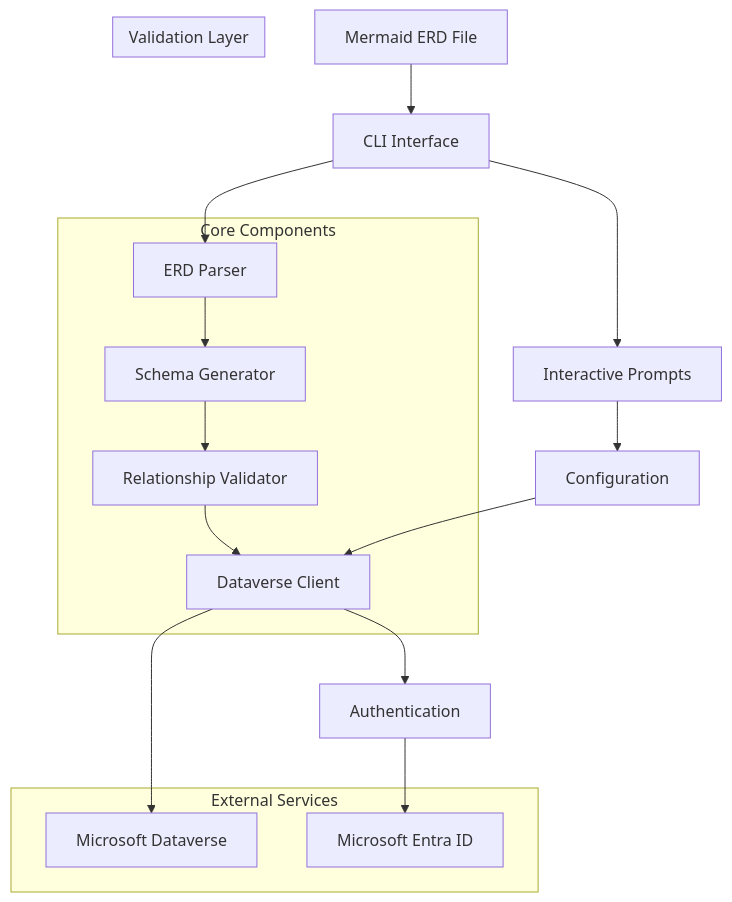
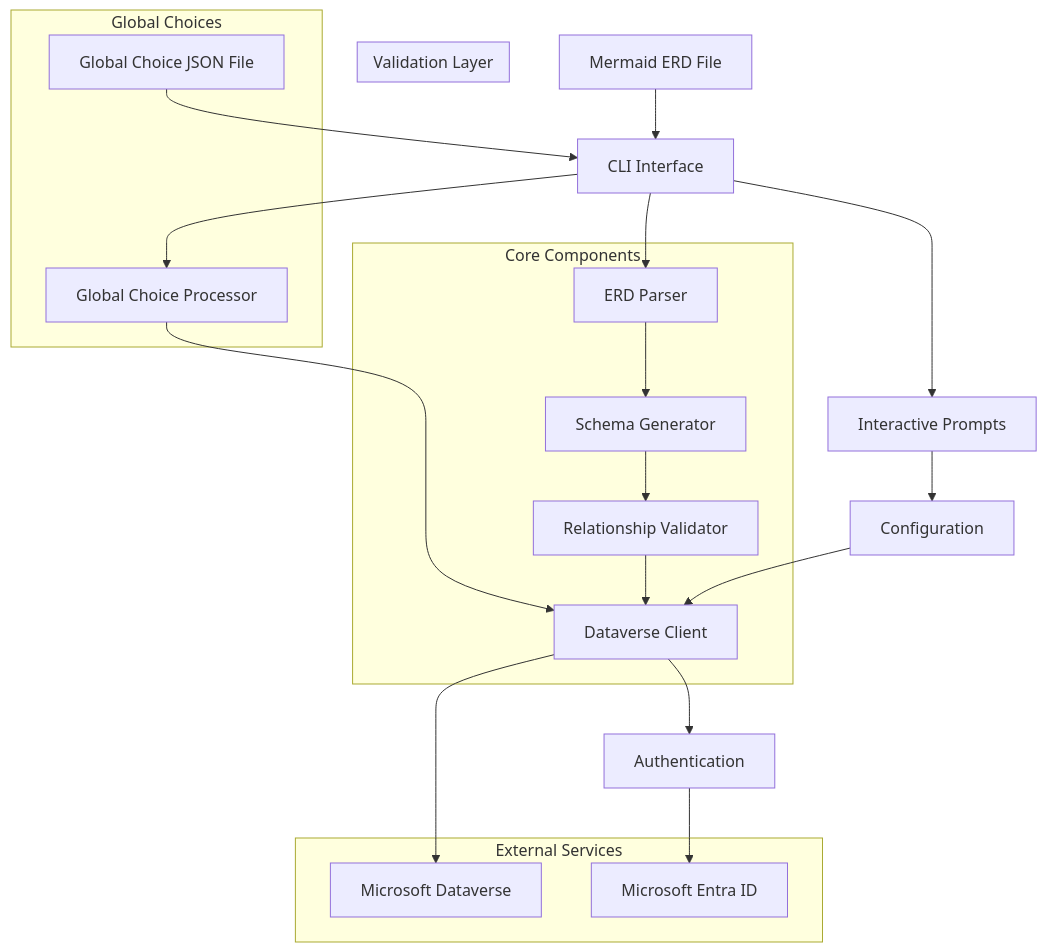
The first of 3 diagrams in docs/ARCHITECTURE.md (LuiseFreese/mermaid), drawn with Mermaid before and after one commit. The commit also changed other lines of this file and 1 other file, not shown here.

Commit message:
:memo: adds docs for global choice creation

````diff
--- a/docs/ARCHITECTURE.md
+++ b/docs/ARCHITECTURE.md
@@ -5,32 +5,41 @@
 ```mermaid
 graph TB
     A[Mermaid ERD File] --> B[CLI Interface]
+    L[Global Choice JSON File] --> B
     B --> C[ERD Parser]
     C --> D[Schema Generator]
     D --> E[Relationship Validator]
     E --> F[Dataverse Client]
     F --> G[Microsoft Dataverse]
     
     B --> H[Interactive Prompts]
     H --> I[Configuration]
     I --> F
     
     F --> J[Authentication]
     J --> K[Microsoft Entra ID]
     
     subgraph "Core Components"
         C
         D
         E
         F
     end
     
     subgraph "External Services"
         G
         K
     end
     
     subgraph "Validation Layer"
         E
     end
+    
+    subgraph "Global Choices"
+        L
+        M[Global Choice Processor]
+    end
+    
+    B --> M
+    M --> F
 ```
````
